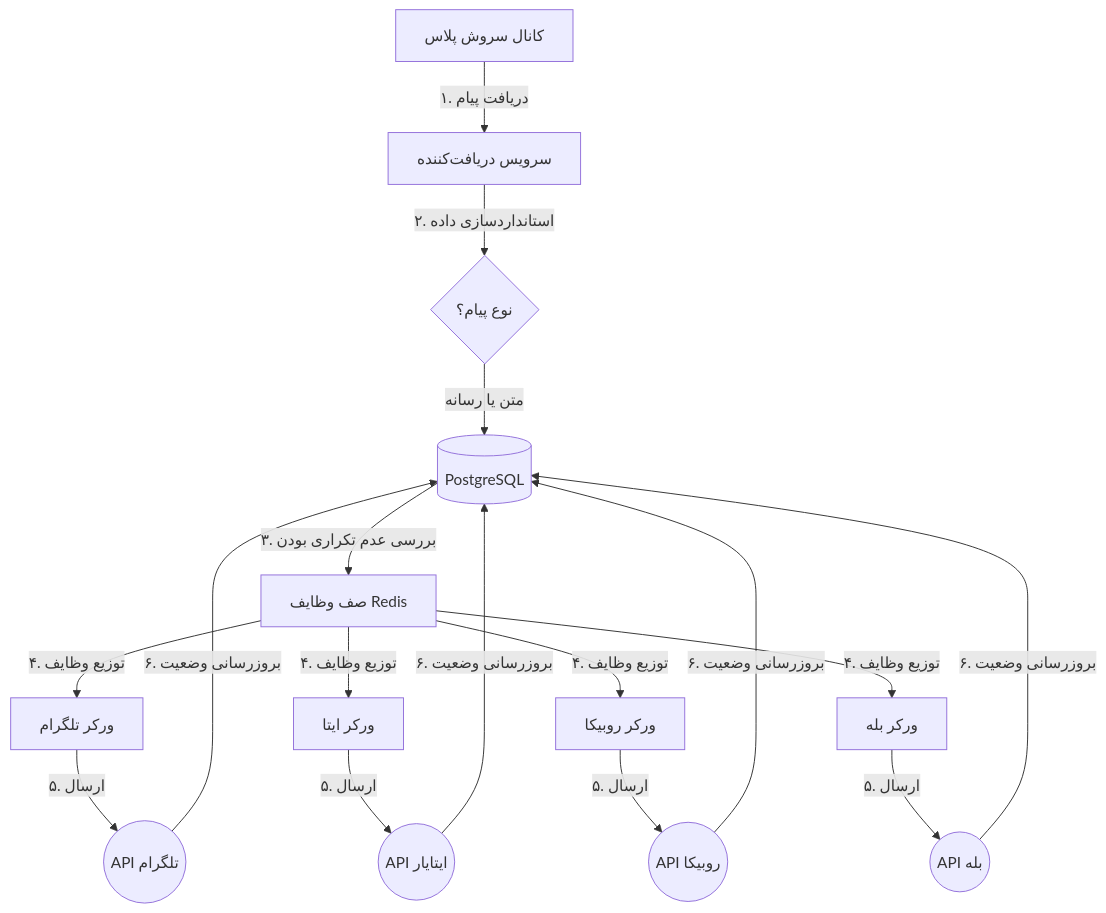
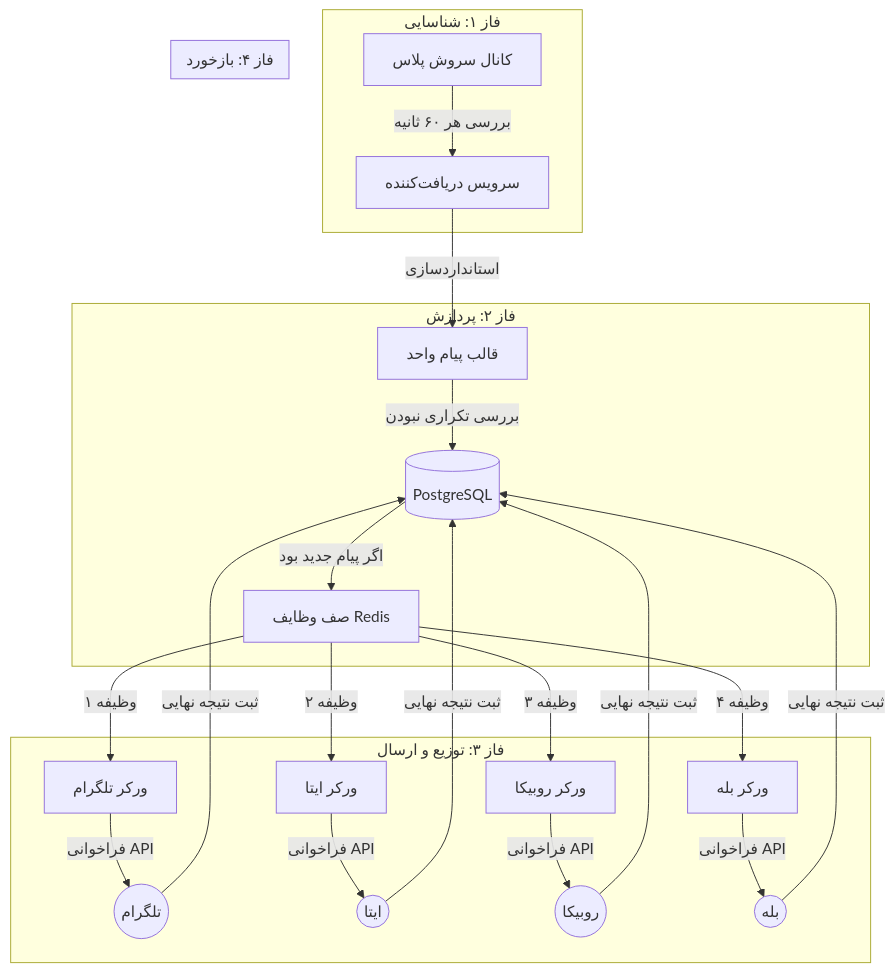
One commit to miladnasiri2479/robot-sender changed the diagram in README.fa.md. Above: the diagram before and after it, drawn with Mermaid. The commit also changed other lines of this file and 1 other file, not shown here.

Commit message:
Refactor README with clearer architecture diagram and step-by-step workflow

````diff
--- a/README.fa.md
+++ b/README.fa.md
@@ -9,19 +10,28 @@
 ```mermaid
 graph TD
-    S[کانال سروش پلاس] -->|۱. دریافت پیام| P[سرویس دریافت‌کننده]
-    P -->|۲. استانداردسازی داده| N{نوع پیام؟}
-    N -->|متن یا رسانه| D[(PostgreSQL)]
-    D -->|۳. بررسی عدم تکراری بودن| Q[صف وظایف Redis]
-    
-    Q -->|۴. توزیع وظایف| T[ورکر تلگرام]
-    Q -->|۴. توزیع وظایف| E[ورکر ایتا]
-    Q -->|۴. توزیع وظایف| R[ورکر روبیکا]
-    Q -->|۴. توزیع وظایف| B[ورکر بله]
-    
-    T -->|۵. ارسال| TG((API تلگرام))
-    E -->|۵. ارسال| ET((API ایتایار))
-    R -->|۵. ارسال| RB((API روبیکا))
-    B -->|۵. ارسال| BL((API بله))
-    
-    TG & ET & RB & BL -->|۶. بروزرسانی وضعیت| D
+    subgraph "فاز ۱: شناسایی"
+        S[کانال سروش پلاس] -->|بررسی هر ۶۰ ثانیه| Ingest[سرویس دریافت‌کننده]
+    end
+
+    subgraph "فاز ۲: پردازش"
+        Ingest -->|استانداردسازی| Norm[قالب پیام واحد]
+        Norm -->|بررسی تکراری نبودن| DB[(PostgreSQL)]
+        DB -->|اگر پیام جدید بود| Queue[صف وظایف Redis]
+    end
+
+    subgraph "فاز ۳: توزیع و ارسال"
+        Queue -->|وظیفه ۱| TW[ورکر تلگرام]
+        Queue -->|وظیفه ۲| EW[ورکر ایتا]
+        Queue -->|وظیفه ۳| RW[ورکر روبیکا]
+        Queue -->|وظیفه ۴| BW[ورکر بله]
+        
+        TW -->|فراخوانی API| TG((تلگرام))
+        EW -->|فراخوانی API| ET((ایتا))
+        RW -->|فراخوانی API| RB((روبیکا))
+        BW -->|فراخوانی API| BL((بله))
+    end
+
+    subgraph "فاز ۴: بازخورد"
+        TG & ET & RB & BL -->|ثبت نتیجه نهایی| DB
+    end
 ```
````
